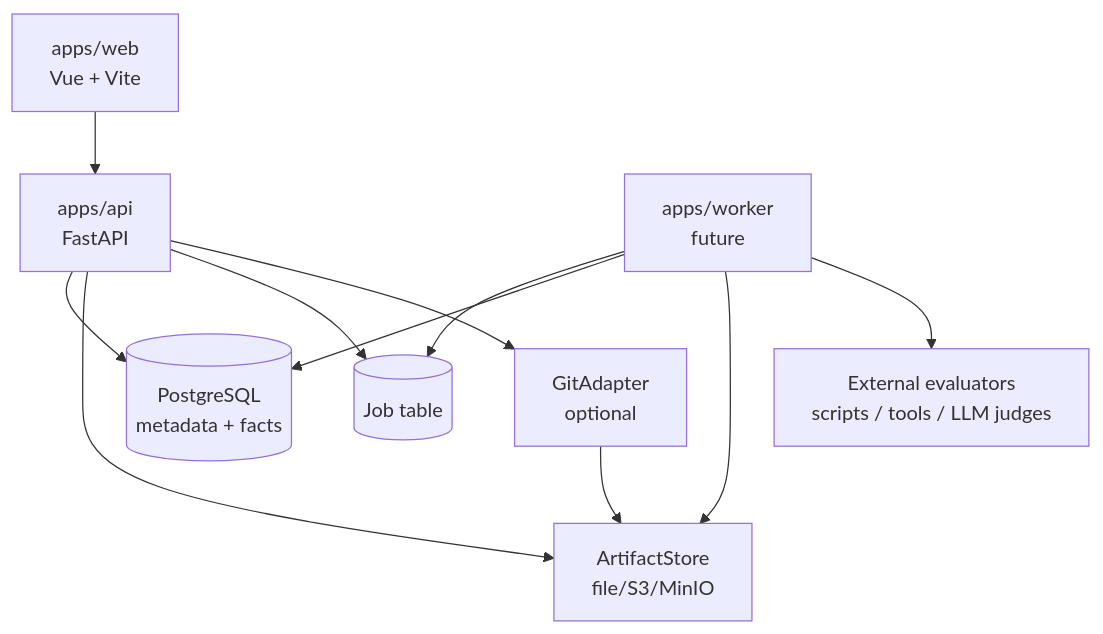
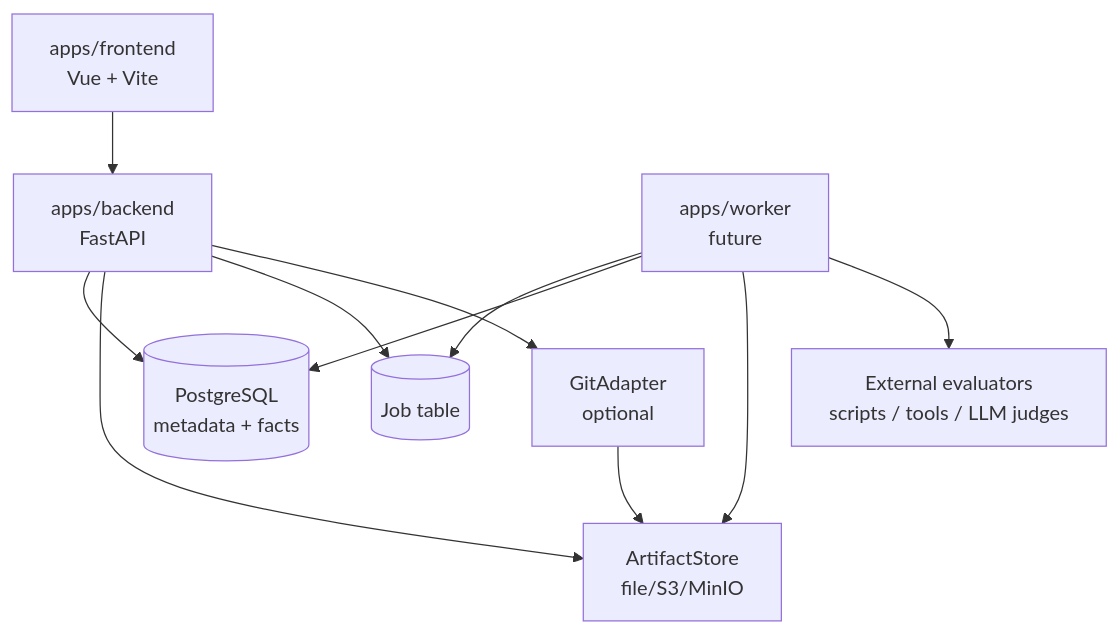
Before and after one commit to Madolkke/skills-manager: the first of 4 diagrams in docs/architecture.md, drawn with Mermaid. The commit also changed other lines of this file and 315 other files, not shown here.

````diff
--- a/docs/architecture.md
+++ b/docs/architecture.md
@@ -25,13 +25,13 @@
 ```mermaid
 flowchart TB
-  Web["apps/web\nVue + Vite"] --> API["apps/api\nFastAPI"]
+  Web["apps/frontend\nVue + Vite"] --> API["apps/backend\nFastAPI"]
   API --> DB[("PostgreSQL\nmetadata + facts")]
   API --> Artifacts["ArtifactStore\nfile/S3/MinIO"]
   API --> Jobs[("Job table")]
   Worker["apps/worker\nfuture"] --> Jobs
   Worker --> DB
   Worker --> Artifacts
   Worker --> External["External evaluators\nscripts / tools / LLM judges"]
   Git["GitAdapter\noptional"] --> Artifacts
   API --> Git
 ```
````
